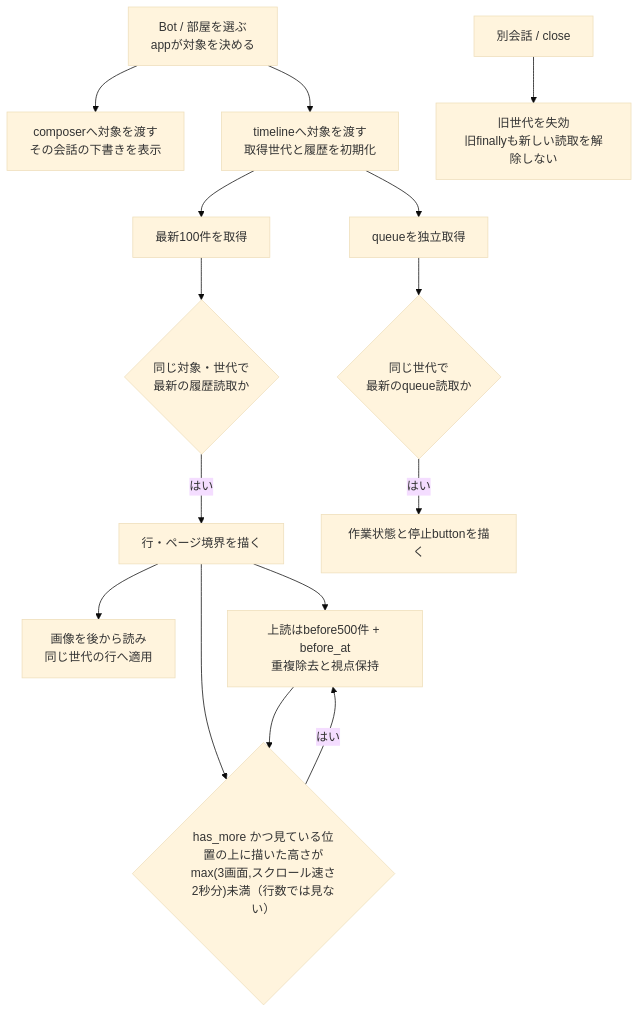
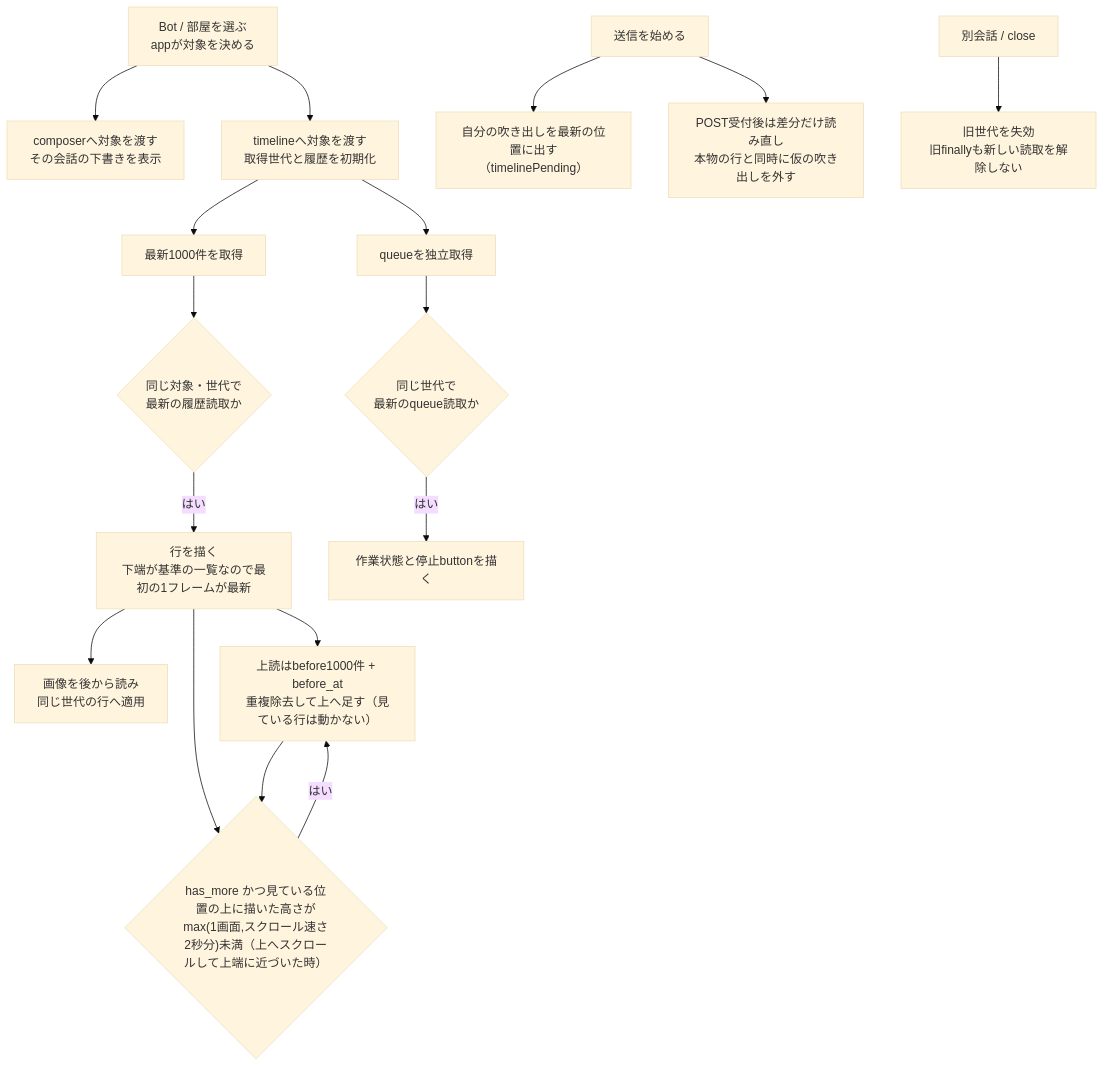
One commit to kitepon/BellTeam changed the third of 16 diagrams in docs/architecture/modules/web/conversation.md. Above: the diagram before and after it, drawn with Mermaid (base theme). The commit also changed other lines of this file and 6 other files, not shown here.

````diff
--- a/docs/architecture/modules/web/conversation.md
+++ b/docs/architecture/modules/web/conversation.md
@@ -76,17 +76,19 @@
 ```mermaid
 flowchart TD
   Select["Bot / 部屋を選ぶ<br/>appが対象を決める"] --> Input["composerへ対象を渡す<br/>その会話の下書きを表示"]
   Select --> Open["timelineへ対象を渡す<br/>取得世代と履歴を初期化"]
-  Open --> Page["最新100件を取得"]
+  Open --> Page["最新1000件を取得"]
   Open --> Queue["queueを独立取得"]
   Page --> Valid{"同じ対象・世代で<br/>最新の履歴読取か"}
   Queue --> QValid{"同じ世代で<br/>最新のqueue読取か"}
-  Valid -->|"はい"| Rows["行・ページ境界を描く"]
+  Valid -->|"はい"| Rows["行を描く<br/>下端が基準の一覧なので最初の1フレームが最新"]
   QValid -->|"はい"| Tail["作業状態と停止buttonを描く"]
   Rows --> Images["画像を後から読み<br/>同じ世代の行へ適用"]
-  Rows --> Older["上読はbefore500件 + before_at<br/>重複除去と視点保持"]
-  Rows --> Fill{"has_more かつ見ている位置の上に描いた高さが<br/>max(3画面,スクロール速さ2秒分)未満（行数では見ない）"}
+  Rows --> Older["上読はbefore1000件 + before_at<br/>重複除去して上へ足す（見ている行は動かない）"]
+  Rows --> Fill{"has_more かつ見ている位置の上に描いた高さが<br/>max(1画面,スクロール速さ2秒分)未満（上へスクロールして上端に近づいた時）"}
+  Send["送信を始める"] --> Pending["自分の吹き出しを最新の位置に出す（timelinePending）"]
+  Send --> Accept["POST受付後は差分だけ読み直し<br/>本物の行と同時に仮の吹き出しを外す"]
   Fill -->|"はい"| Older
   Older --> Fill
   Change["別会話 / close"] --> Invalidate["旧世代を失効<br/>旧finallyも新しい読取を解除しない"]
 ```
````
